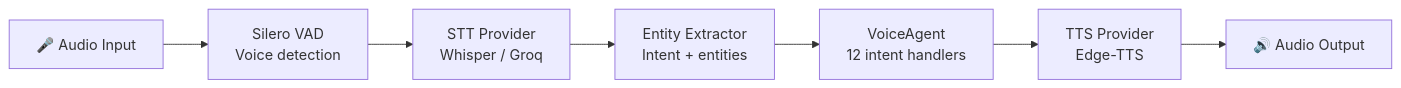
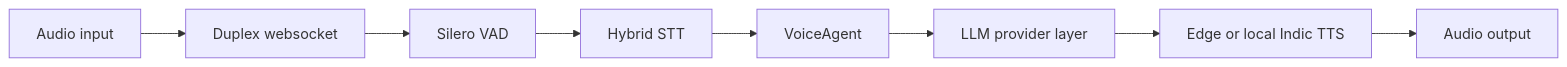
The diagram in docs/features/voice-pipeline.md (cropfresh/Cropfresh_Ai), drawn with Mermaid before and after one commit. The commit also changed other lines of this file and 51 other files, not shown here.

````diff
--- a/docs/features/voice-pipeline.md
+++ b/docs/features/voice-pipeline.md
@@ -19,9 +24,10 @@
 ```mermaid
 flowchart LR
-    MIC["🎤 Audio Input"] --> VAD["Silero VAD<br/>Voice detection"]
-    VAD --> STT["STT Provider<br/>Whisper / Groq"]
-    STT --> EE["Entity Extractor<br/>Intent + entities"]
-    EE --> VA["VoiceAgent<br/>12 intent handlers"]
-    VA --> TTS["TTS Provider<br/>Edge-TTS"]
-    TTS --> SPK["🔊 Audio Output"]
+    MIC["Audio input"] --> WS["Duplex websocket"]
+    WS --> VAD["Silero VAD"]
+    VAD --> STT["Hybrid STT"]
+    STT --> AGENT["VoiceAgent"]
+    AGENT --> LLM["LLM provider layer"]
+    LLM --> TTS["Edge or local Indic TTS"]
+    TTS --> OUT["Audio output"]
 ```
````
